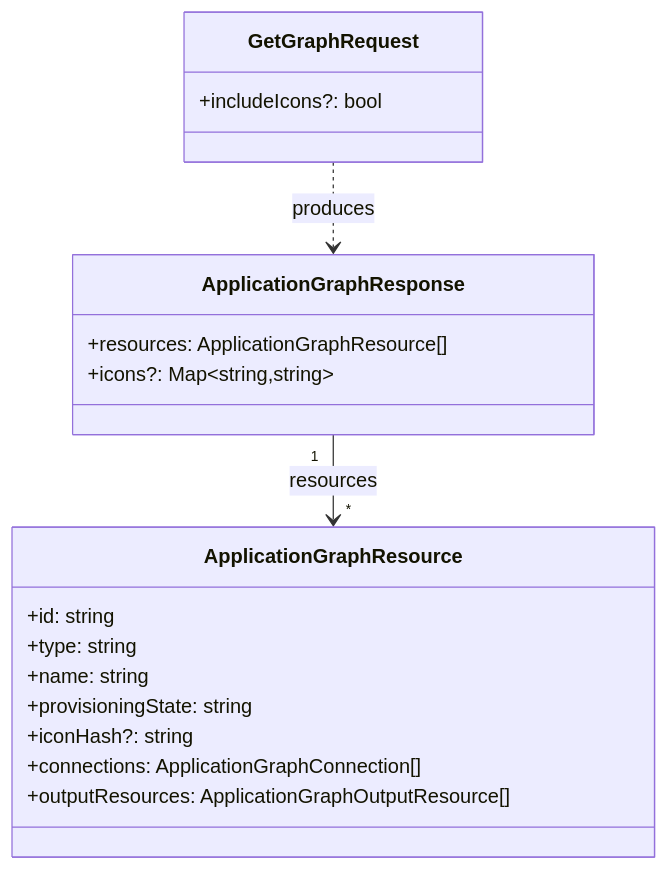
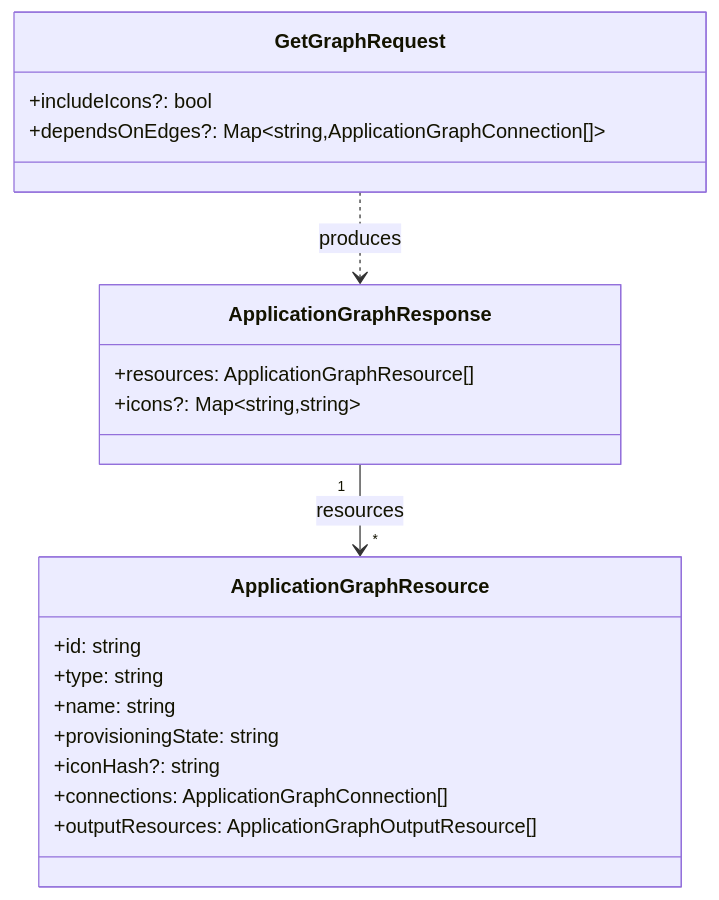
The sixth of 6 diagrams in docs/architecture/application-graph.md (radius-project/radius), drawn with Mermaid before and after one commit. The commit also changed other lines of this file, not shown here.

First line of the commit message:
Document Phase 2 dependsOnEdges merge in application-graph.md

````diff
--- a/docs/architecture/application-graph.md
+++ b/docs/architecture/application-graph.md
@@ -506,22 +517,23 @@
 ```mermaid
 classDiagram
     class GetGraphRequest {
         +includeIcons?: bool
+        +dependsOnEdges?: Map~string,ApplicationGraphConnection[]~
     }
     class ApplicationGraphResponse {
         +resources: ApplicationGraphResource[]
         +icons?: Map~string,string~
     }
     class ApplicationGraphResource {
         +id: string
         +type: string
         +name: string
         +provisioningState: string
         +iconHash?: string
         +connections: ApplicationGraphConnection[]
         +outputResources: ApplicationGraphOutputResource[]
     }
 
     GetGraphRequest ..> ApplicationGraphResponse : produces
     ApplicationGraphResponse "1" --> "*" ApplicationGraphResource : resources
 ```
````
